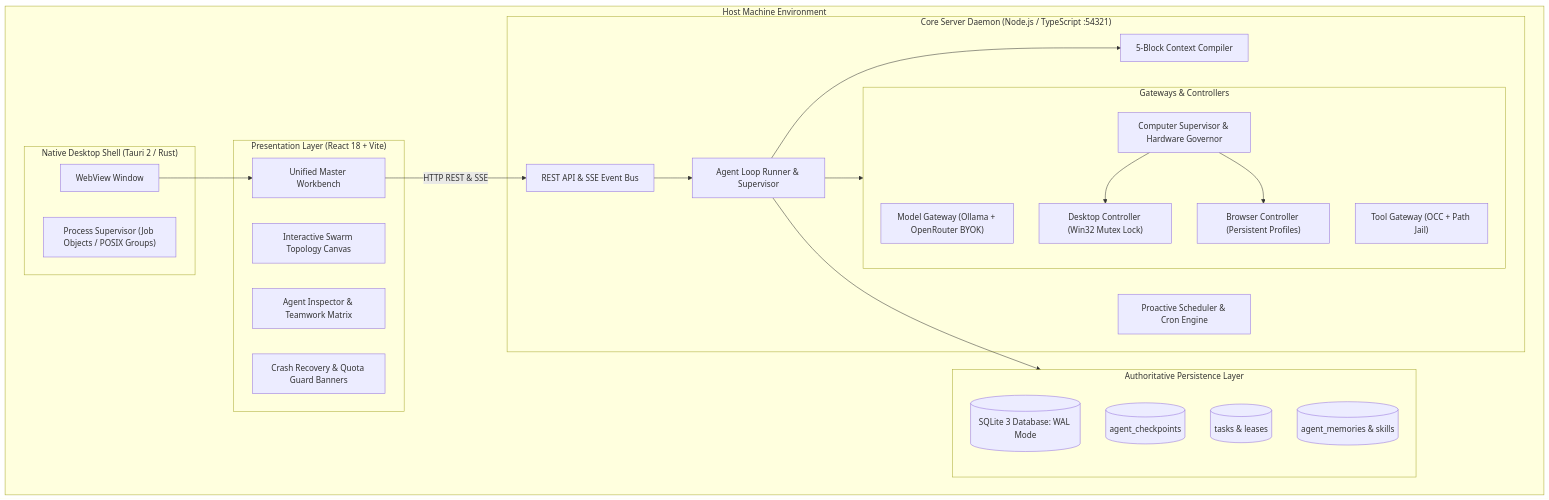
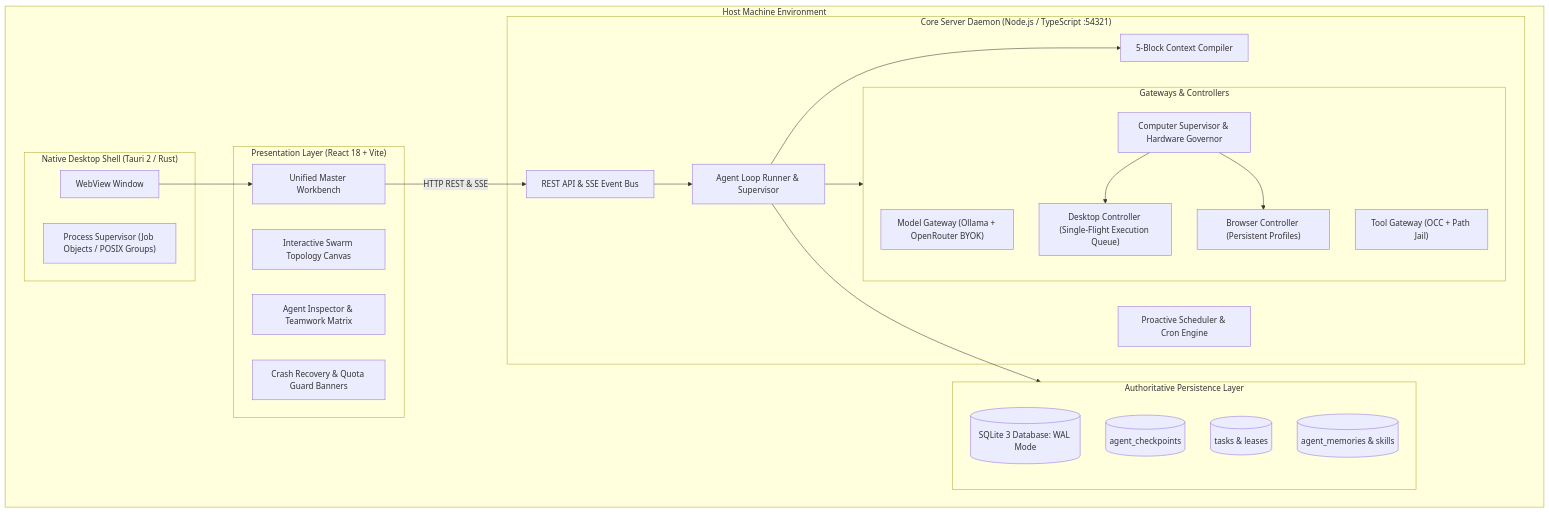
One commit to abhayzangir1/KIN changed the first of 6 diagrams in docs/ARCHITECTURE.md. Above: the diagram before and after it, drawn with Mermaid. The commit also changed other lines of this file and 18 other files, not shown here.

````diff
--- a/docs/ARCHITECTURE.md
+++ b/docs/ARCHITECTURE.md
@@ -51,47 +51,47 @@
 ```mermaid
 graph TD
     subgraph Host["Host Machine Environment"]
         subgraph NativeShell["Native Desktop Shell (Tauri 2 / Rust)"]
             Supervisor["Process Supervisor (Job Objects / POSIX Groups)"]
             NativeWindow["WebView Window"]
         end
 
         subgraph CoreDaemon["Core Server Daemon (Node.js / TypeScript :54321)"]
             Router["REST API & SSE Event Bus"]
             AgentLoop["Agent Loop Runner & Supervisor"]
             ContextComp["5-Block Context Compiler"]
             SchedulerEngine["Proactive Scheduler & Cron Engine"]
             
             subgraph Gateways["Gateways & Controllers"]
                 ModelGW["Model Gateway (Ollama + OpenRouter BYOK)"]
                 ToolGW["Tool Gateway (OCC + Path Jail)"]
                 CompSuper["Computer Supervisor & Hardware Governor"]
                 BrowserCtrl["Browser Controller (Persistent Profiles)"]
-                DesktopCtrl["Desktop Controller (Win32 Mutex Lock)"]
+                DesktopCtrl["Desktop Controller (Single-Flight Execution Queue)"]
             end
         end
 
         subgraph Persistence["Authoritative Persistence Layer"]
             DB[(SQLite 3 Database: WAL Mode)]
             Checkpoints[(agent_checkpoints)]
             TaskLeases[(tasks & leases)]
             MemoryStore[(agent_memories & skills)]
         end
 
         subgraph Presentation["Presentation Layer (React 18 + Vite)"]
             UIWorkbench["Unified Master Workbench"]
             SwarmMap["Interactive Swarm Topology Canvas"]
             Inspector["Agent Inspector & Teamwork Matrix"]
             RecoveryBanner["Crash Recovery & Quota Guard Banners"]
         end
     end
 
     NativeWindow --> UIWorkbench
     UIWorkbench -->|HTTP REST & SSE| Router
     Router --> AgentLoop
     AgentLoop --> ContextComp
     AgentLoop --> Gateways
     AgentLoop --> Persistence
     CompSuper --> DesktopCtrl
     CompSuper --> BrowserCtrl
 ```
````
